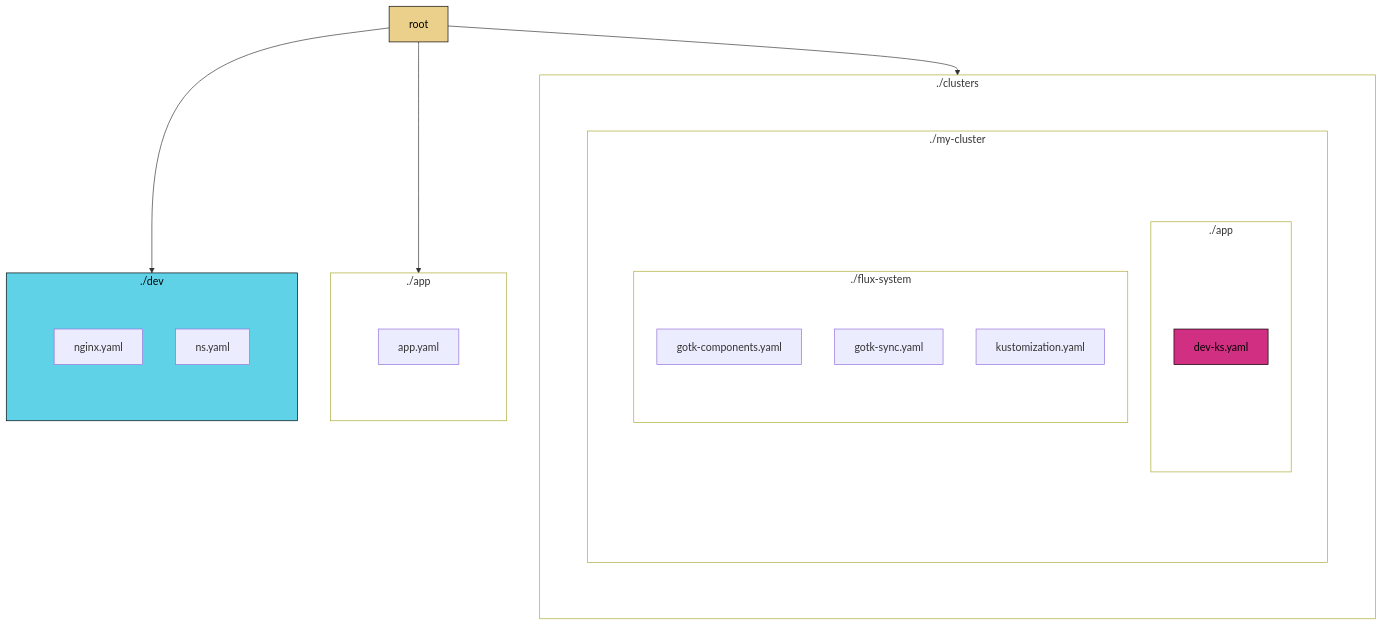
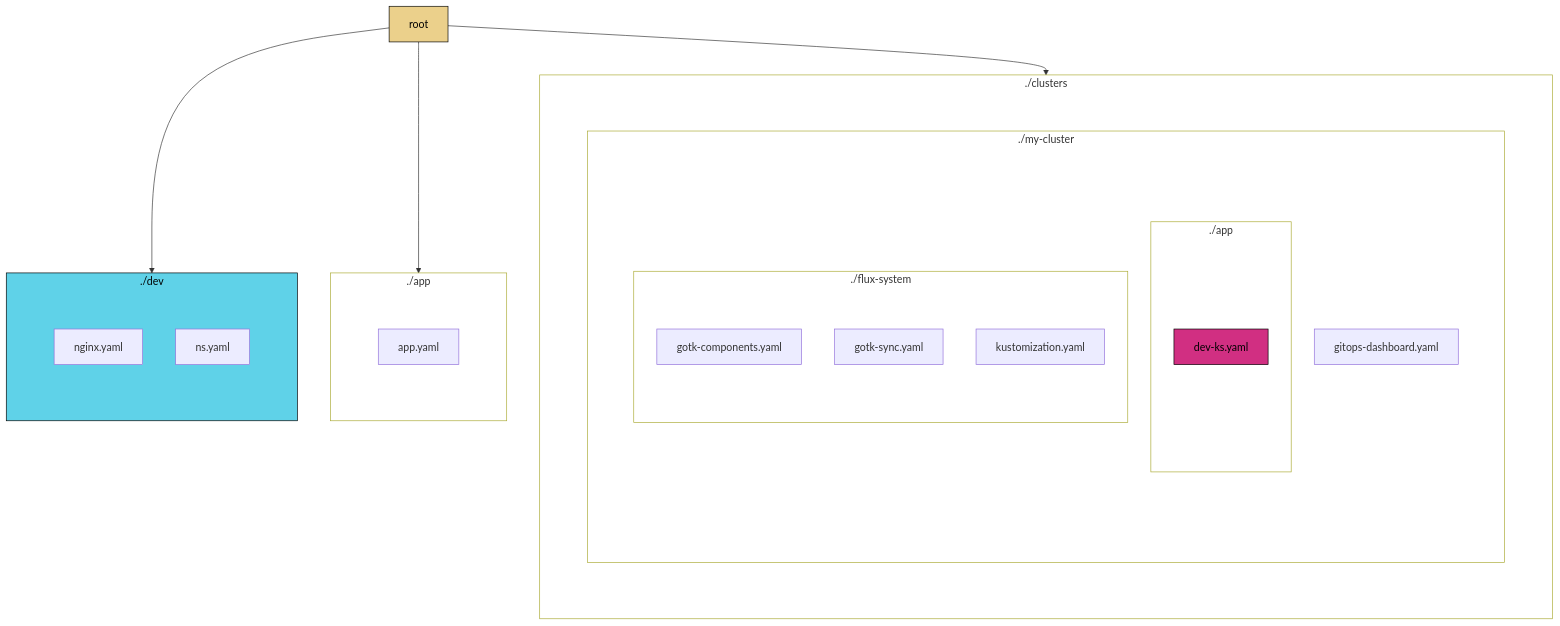
One commit to JamWils/gitops-repo-000 changed the fourth of 4 diagrams in run.md. Above: the diagram before and after it, drawn with Mermaid. The commit also changed other lines of this file, not shown here.

Commit message:
Basic model for gitops run

`````diff
--- a/run.md
+++ b/run.md
@@ -47,45 +101,46 @@
 ```mermaid
 %%{init: { logLevel:0, startOnLoad: false, themeCSS:'.label { font-family: Source Sans Pro,Helvetica Neue,Arial,sans-serif; }' }}%%
 flowchart TD
     root --> 2g
     root --> 3g
-    root --> 4g
-    subgraph 4g[./clusters]
+    root --> clusters
+    subgraph clusters[./clusters]
     subgraph sgp1 [ ]
-      subgraph 400g[./my-cluster]
+      subgraph my-cluster[./my-cluster]
         subgraph sgp2 [ ]
-        subgraph 410g[./app]
+        dboard[gitops-dashboard.yaml]
+        subgraph app[./app]
           d[dev-ks.yaml]
         end
-        subgraph 401g[./flux-system]
+        subgraph flux[./flux-system]
           a[gotk-components.yaml] 
           b[gotk-sync.yaml]
           c[kustomization.yaml]
         end
         end
       end
     end  
     end
       
     subgraph 3g[./app]
     subgraph sgp3 [ ]
       31[app.yaml]
       end
     end
     subgraph 2g[./dev]
     subgraph sgp4 [ ]
       21[nginx.yaml]
       22[ns.yaml]
     end
     end
     
 classDef subgraph_padding fill:none,stroke:none
 class sgp1,sgp2,sgp3,sgp4 subgraph_padding
 
 classDef basic fill:transparent;
-class 3g,4g,400g,401g,410g basic;
+class 3g,clusters,my-cluster,flux,app basic;
 
 style 2g fill:#5fd2e8,stroke:#000,color:#000;
 style root fill:#ebd08b,stroke:#000,color:#000;
 style d fill:#d12f82,stroke:#000,color:#000;
 ````
`````
